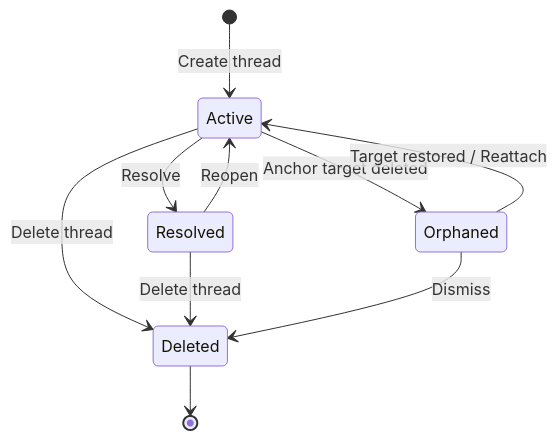
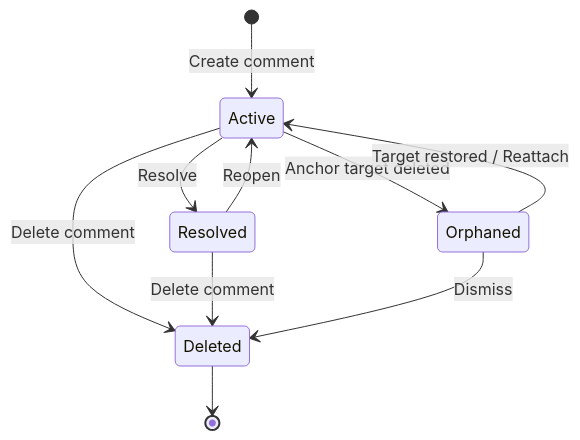
One commit to crs48/xNet changed the first of 2 diagrams in docs/planStep03_6Comments/08-thread-lifecycle.md. Above: the diagram before and after it, drawn with Mermaid. The commit also changed other lines of this file and 8 other files, not shown here.

````diff
--- a/docs/planStep03_6Comments/08-thread-lifecycle.md
+++ b/docs/planStep03_6Comments/08-thread-lifecycle.md
@@ -12,12 +14,12 @@
 ```mermaid
 stateDiagram-v2
-    [*] --> Active: Create thread
+    [*] --> Active: Create comment
     Active --> Resolved: Resolve
     Resolved --> Active: Reopen
     Active --> Orphaned: Anchor target deleted
     Orphaned --> Active: Target restored / Reattach
-    Active --> Deleted: Delete thread
-    Resolved --> Deleted: Delete thread
+    Active --> Deleted: Delete comment
+    Resolved --> Deleted: Delete comment
     Orphaned --> Deleted: Dismiss
     Deleted --> [*]
 ```
````
